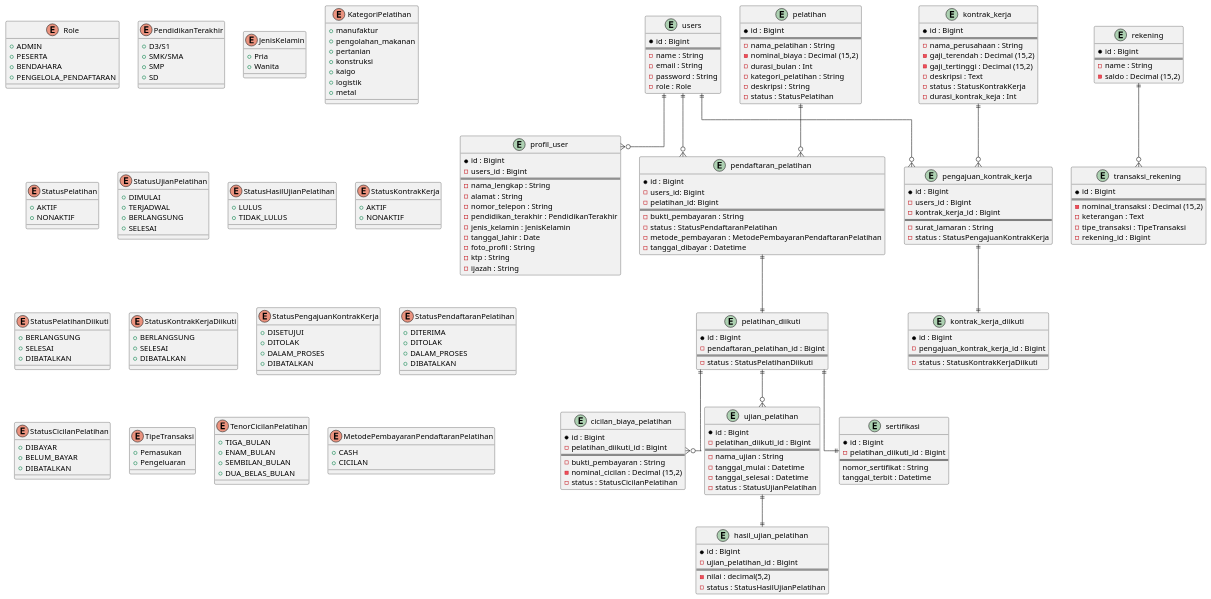
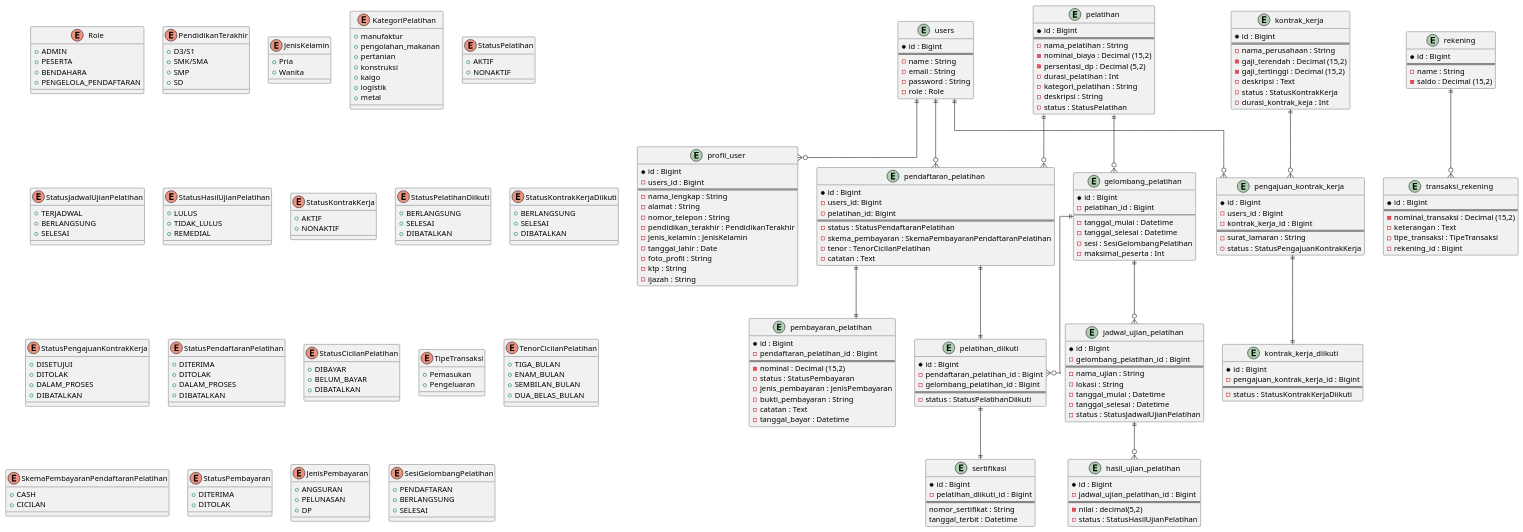
The diagram in docs/erd/emje_erd.puml (fpbismyname/emje-web), drawn with PlantUML before and after one commit. The commit also changed 75 other files, not shown here.

```diff
--- a/docs/erd/emje_erd.puml
+++ b/docs/erd/emje_erd.puml
@@ -48,8 +48,7 @@
 
 ' Table ujian_pelatihan
 ' ujian_pelatihan.status
-enum StatusUjianPelatihan{
-    +DIMULAI
+enum StatusJadwalUjianPelatihan{
     +TERJADWAL
     +BERLANGSUNG
     +SELESAI
@@ -59,6 +58,7 @@
 enum StatusHasilUjianPelatihan{
     +LULUS
     +TIDAK_LULUS
+    +REMEDIAL
 }
 
 ' Table kontrak_Kerja
@@ -121,9 +121,29 @@
 }
 ' Table pendaftaran_pelatihan
 ' enum pendaftaran_pelatihan.metode_pembayaran
-enum MetodePembayaranPendaftaranPelatihan{
+enum SkemaPembayaranPendaftaranPelatihan{
     +CASH
     +CICILAN
+}
+' Table pembayaran_pendaftaran
+' enum pembayaran_pendaftaran.status
+enum StatusPembayaran{
+    +DITERIMA
+    +DITOLAK
+}
+' Table pembayaran_pendaftaran
+' enum pembayaran_pendaftaran.metode_pembayaran
+enum JenisPembayaran{
+    +ANGSURAN
+    +PELUNASAN
+    +DP
+}
+'  Table gelombang_pelatihan
+' enum gelombang_pelatihan.sesi
+enum SesiGelombangPelatihan{
+    +PENDAFTARAN
+    +BERLANGSUNG
+    +SELESAI
 }
 
 
@@ -132,7 +152,7 @@
 ' Tables
 '==================================
 
-' Registration flow
+' Users flow
 entity users{
     *id : Bigint
     ===
@@ -141,6 +161,7 @@
     -password : String
     -role : Role
 }
+
 entity profil_user{
     *id : Bigint
     -users_id : Bigint
@@ -156,59 +177,81 @@
     -ijazah : String
 }
 
-
-
 ' Pelatihan Flow
+entity pelatihan{
+    *id : Bigint
+    ===
+    -nama_pelatihan : String
+    -nominal_biaya : Decimal (15,2)
+    -persentasi_dp : Decimal (5,2)
+    -durasi_pelatihan : Int
+    -kategori_pelatihan : String
+    -deskripsi : String
+    -status : StatusPelatihan
+}
 entity pendaftaran_pelatihan{
     *id : Bigint
     -users_id: Bigint
     -pelatihan_id: Bigint
     ===
+    -status : StatusPendaftaranPelatihan
+    -skema_pembayaran : SkemaPembayaranPendaftaranPelatihan
+    -tenor : TenorCicilanPelatihan
+    -catatan : Text
+}
+entity pembayaran_pelatihan{
+    *id : Bigint
+    -pendaftaran_pelatihan_id : Bigint
+    ===
+    -nominal : Decimal (15,2)
+    -status : StatusPembayaran
+    -jenis_pembayaran : JenisPembayaran
     -bukti_pembayaran : String
-    -status : StatusPendaftaranPelatihan
-    -metode_pembayaran : MetodePembayaranPendaftaranPelatihan
-    -tanggal_dibayar : Datetime
-}
-entity pelatihan{
-    *id : Bigint
-    ===
-    -nama_pelatihan : String
-    -nominal_biaya : Decimal (15,2)
-    -durasi_bulan : Int
-    -kategori_pelatihan : String
-    -deskripsi : String
-    -status : StatusPelatihan
+    -catatan : Text
+    -tanggal_bayar : Datetime
 }
 entity pelatihan_diikuti{
     *id : Bigint
     -pendaftaran_pelatihan_id : Bigint
+    -gelombang_pelatihan_id : Bigint
     ===
     -status : StatusPelatihanDiikuti
 }
-entity cicilan_biaya_pelatihan{
+entity gelombang_pelatihan{
     *id : Bigint
-    -pelatihan_diikuti_id : Bigint
-    ===
-    -bukti_pembayaran : String
-    -nominal_cicilan : Decimal (15,2)
-    -status : StatusCicilanPelatihan
+    -pelatihan_id : Bigint
+    ---
+    -tanggal_mulai : Datetime
+    -tanggal_selesai : Datetime
+    -sesi : SesiGelombangPelatihan
+    -maksimal_peserta : Int
 }
-entity ujian_pelatihan{
+entity jadwal_ujian_pelatihan{
     *id : Bigint
-    -pelatihan_diikuti_id : Bigint
+    -gelombang_pelatihan_id : Bigint
     ===
     -nama_ujian : String
+    -lokasi : String
     -tanggal_mulai : Datetime
     -tanggal_selesai : Datetime
-    -status : StatusUjianPelatihan
+    -status : StatusJadwalUjianPelatihan
 }
 entity hasil_ujian_pelatihan{
     *id : Bigint
-    -ujian_pelatihan_id : Bigint
+    -jadwal_ujian_pelatihan_id : Bigint
     ===
     -nilai : decimal(5,2)
     -status : StatusHasilUjianPelatihan
 }
+entity sertifikasi{
+    *id : Bigint
+    -pelatihan_diikuti_id : Bigint
+    ===
+    nomor_sertifikat : String
+    tanggal_terbit : Datetime
+}
+
+' Kontrak kerja flow
 entity pengajuan_kontrak_kerja{
     *id : Bigint
     -users_id : Bigint
@@ -217,6 +260,7 @@
     -surat_lamaran : String
     -status : StatusPengajuanKontrakKerja
 }
+
 entity kontrak_kerja{
     *id : Bigint
     ===
@@ -227,6 +271,7 @@
     -status : StatusKontrakKerja
     -durasi_kontrak_keja : Int
 }
+
 entity kontrak_kerja_diikuti{
     *id : Bigint
     -pengajuan_kontrak_kerja_id : Bigint
@@ -234,20 +279,14 @@
     -status : StatusKontrakKerjaDiikuti
 }
 
-entity sertifikasi{
-    *id : Bigint
-    -pelatihan_diikuti_id : Bigint
-    ===
-    nomor_sertifikat : String
-    tanggal_terbit : Datetime
-}
-
+' Rekening flow
 entity rekening {
     *id : Bigint
     ===
     -name : String
     -saldo : Decimal (15,2)
 }
+
 entity transaksi_rekening{
     *id : Bigint
     ===
@@ -268,10 +307,12 @@
 users ||--o{ pendaftaran_pelatihan
 pendaftaran_pelatihan ||--|| pelatihan_diikuti
 pelatihan ||--o{ pendaftaran_pelatihan
-pelatihan_diikuti ||--o{ cicilan_biaya_pelatihan
+pelatihan ||--o{ gelombang_pelatihan
+pendaftaran_pelatihan ||--|| pembayaran_pelatihan
+gelombang_pelatihan ||--o{ pelatihan_diikuti
 pelatihan_diikuti ||--|| sertifikasi
-pelatihan_diikuti ||--o{ ujian_pelatihan
-ujian_pelatihan ||--|| hasil_ujian_pelatihan
+gelombang_pelatihan ||--o{ jadwal_ujian_pelatihan
+jadwal_ujian_pelatihan ||--o{ hasil_ujian_pelatihan
 
 ' Flow relation kontrak_kerja
 users ||--o{ pengajuan_kontrak_kerja
```
